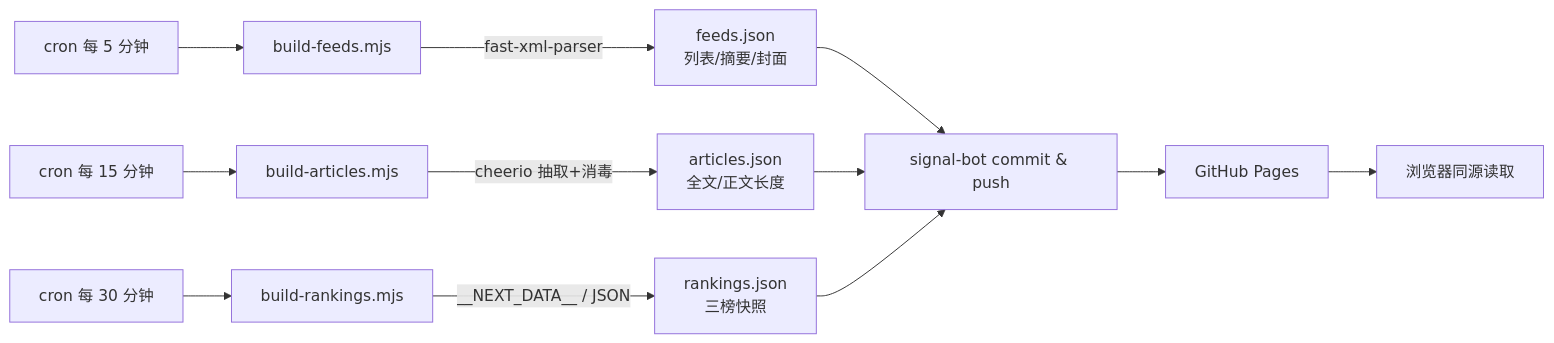
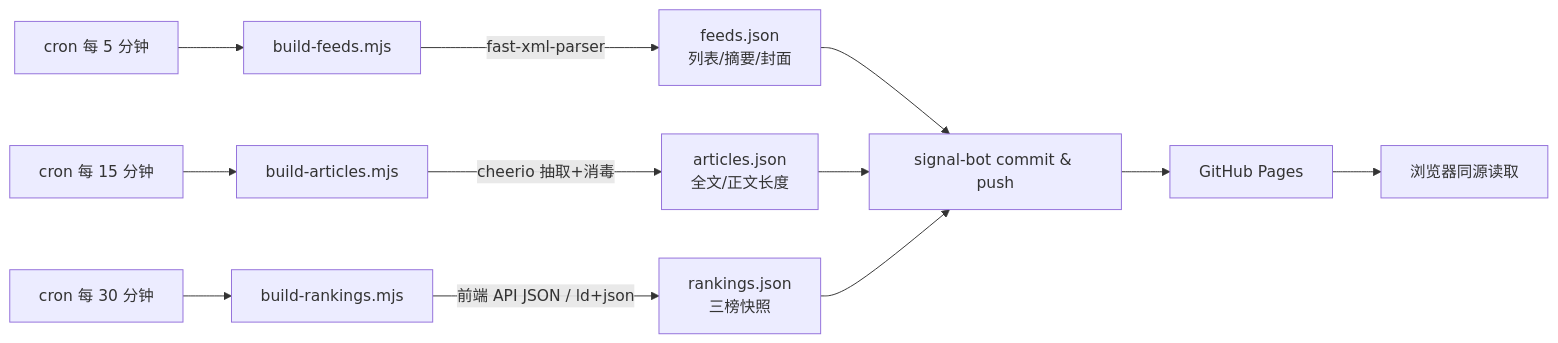
Before and after one commit to JosiahBristow/ai-signal: the first of 2 diagrams in README.md, drawn with Mermaid. The commit also changed other lines of this file and 3 other files, not shown here.

First line of the commit message:
fix: leaderboards - use real data sources (OpenRouter API, AA ld+json)

````diff
--- a/README.md
+++ b/README.md
@@ -146,14 +146,14 @@
 ```mermaid
 flowchart LR
     A1[cron 每 5 分钟] --> B1[build-feeds.mjs]
     B1 -->|fast-xml-parser| C[feeds.json<br/>列表/摘要/封面]
     C --> F[signal-bot commit & push]
     A2[cron 每 15 分钟] --> B2[build-articles.mjs]
     B2 -->|cheerio 抽取+消毒| E[articles.json<br/>全文/正文长度]
     A3[cron 每 30 分钟] --> B3[build-rankings.mjs]
-    B3 -->|__NEXT_DATA__ / JSON| R[rankings.json<br/>三榜快照]
+    B3 -->|前端 API JSON / ld+json| R[rankings.json<br/>三榜快照]
     E --> F
     R --> F
     F --> G[GitHub Pages]
     G --> H[浏览器同源读取]
 ```
````
